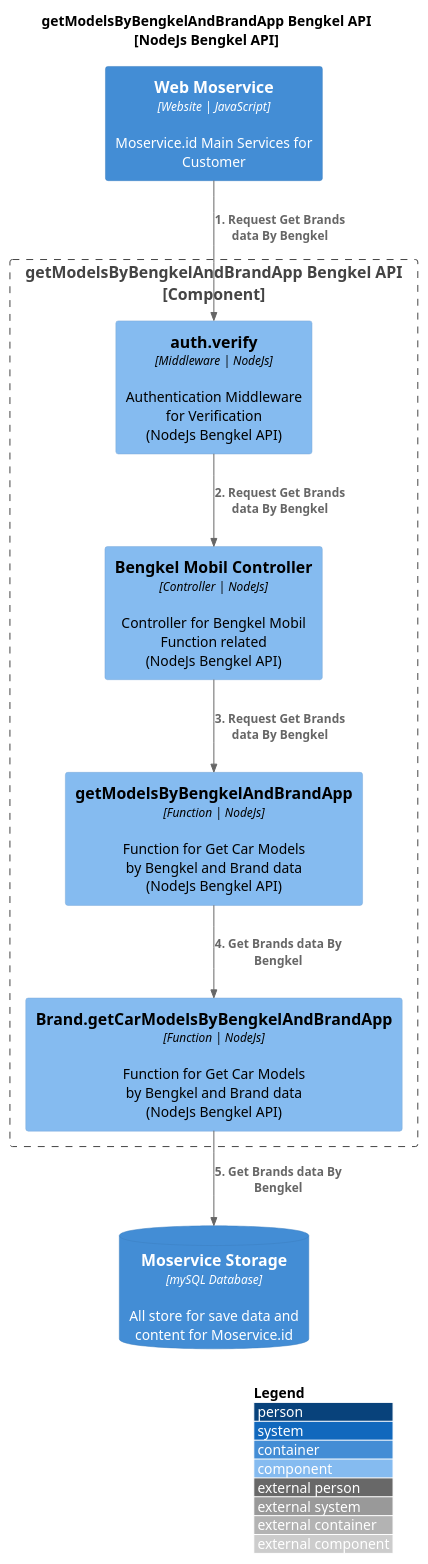
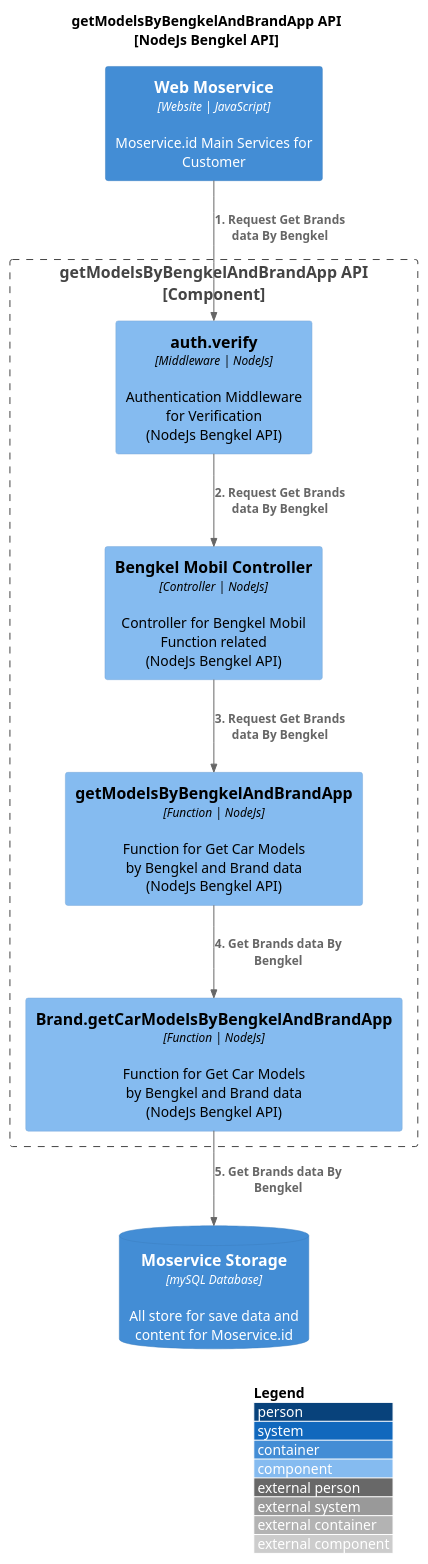
Before and after one commit to JoshAndreas/Project-C4-Diagram: the diagram in [NodeJs]-bengkel/get-model-by-bengkel-and-brand.puml, drawn with PlantUML. The commit also changed 189 other files, not shown here.

Commit message:
Add New C4 Diagram File NodeJs-Bengkel

```diff
--- a/[NodeJs]-bengkel/get-model-by-bengkel-and-brand.puml
+++ b/[NodeJs]-bengkel/get-model-by-bengkel-and-brand.puml
@@ -1,24 +1,24 @@
 @startuml
 !include https://raw.githubusercontent.com/plantuml-stdlib/C4-PlantUML/master/C4_Component.puml
 
 LAYOUT_WITH_LEGEND()
-title getModelsByBengkelAndBrandApp Bengkel API\n[NodeJs Bengkel API]
+title getModelsByBengkelAndBrandApp API\n[NodeJs Bengkel API]
 
 Container(Web_Moservice, "Web Moservice", "Website | JavaScript", "Moservice.id Main Services for Customer")
-Boundary(api, "getModelsByBengkelAndBrandApp Bengkel API\n[Component]"){
+Boundary(api, "getModelsByBengkelAndBrandApp API\n[Component]"){
     Component(auth_middleware, "auth.verify", "Middleware | NodeJs", "Authentication Middleware for Verification\n(NodeJs Bengkel API)")
     Component(bengkel, "Bengkel Mobil Controller", "Controller | NodeJs", "Controller for Bengkel Mobil Function related\n(NodeJs Bengkel API)")
 
     Component(getModelsByBengkelAndBrandApp, "getModelsByBengkelAndBrandApp", "Function | NodeJs", "Function for Get Car Models by Bengkel and Brand data\n(NodeJs Bengkel API)")
     Component(getCarModelsByBengkelAndBrandApp, "Brand.getCarModelsByBengkelAndBrandApp", "Function | NodeJs", "Function for Get Car Models by Bengkel and Brand data\n(NodeJs Bengkel API)")
 
 }
 ContainerDb(database, "Moservice Storage", "mySQL Database", "All store for save data and content for Moservice.id")
 
 Rel(Web_Moservice, auth_middleware, "1. Request Get Brands data By Bengkel")
 Rel(auth_middleware, bengkel, "2. Request Get Brands data By Bengkel")
 Rel(bengkel, getModelsByBengkelAndBrandApp, "3. Request Get Brands data By Bengkel")
 Rel(getModelsByBengkelAndBrandApp, getCarModelsByBengkelAndBrandApp, "4. Get Brands data By Bengkel")
 Rel(getCarModelsByBengkelAndBrandApp, database, "5. Get Brands data By Bengkel")
 
 @enduml
```
